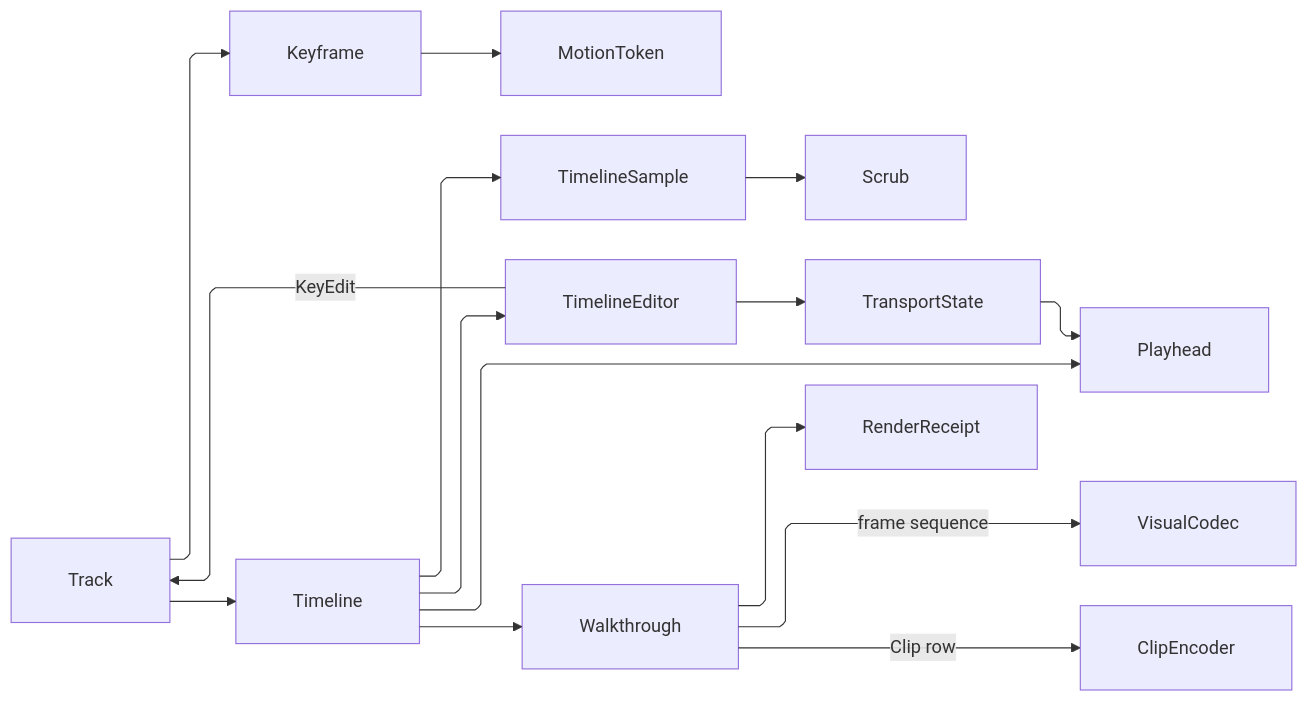
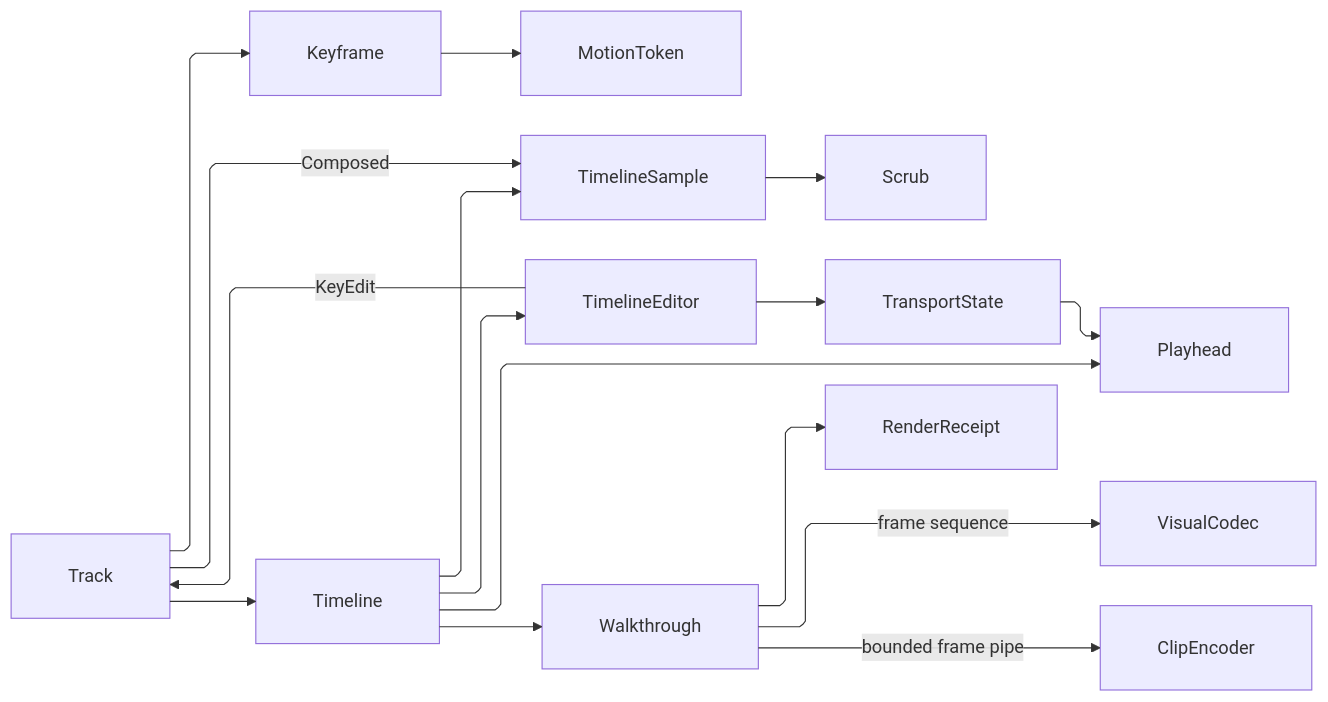
Before and after one commit to bsamiee/Rasm: the diagram in libs/csharp/Rasm.AppUi/.planning/Render/animation.md, drawn with Mermaid. The commit also changed other lines of this file and 818 other files, not shown here.

````diff
--- a/libs/csharp/Rasm.AppUi/.planning/Render/animation.md
+++ b/libs/csharp/Rasm.AppUi/.planning/Render/animation.md
@@ -605,26 +749,27 @@
 ```mermaid
 ---
 config:
   layout: elk
   flowchart:
     curve: linear
     padding: 25
 ---
 flowchart LR
     accTitle: Timeline walkthrough flow
-    accDescr: Tracks sample through the timeline into deterministic frame encoding and optional clip muxing.
+    accDescr: Tracks sample through the timeline into deterministic frame encoding and a streamed clip mux.
     Track --> Keyframe
     Keyframe --> MotionToken
+    Track -->|Composed| TimelineSample
     Track --> Timeline
     Timeline --> Playhead
     Timeline --> TimelineSample
     TimelineSample --> Scrub
     Timeline --> TimelineEditor
     TimelineEditor -->|KeyEdit| Track
     TimelineEditor --> TransportState
     TransportState --> Playhead
     Timeline --> Walkthrough
     Walkthrough -->|frame sequence| VisualCodec
-    Walkthrough -->|Clip row| ClipEncoder
+    Walkthrough -->|bounded frame pipe| ClipEncoder
     Walkthrough --> RenderReceipt
 ```
````
